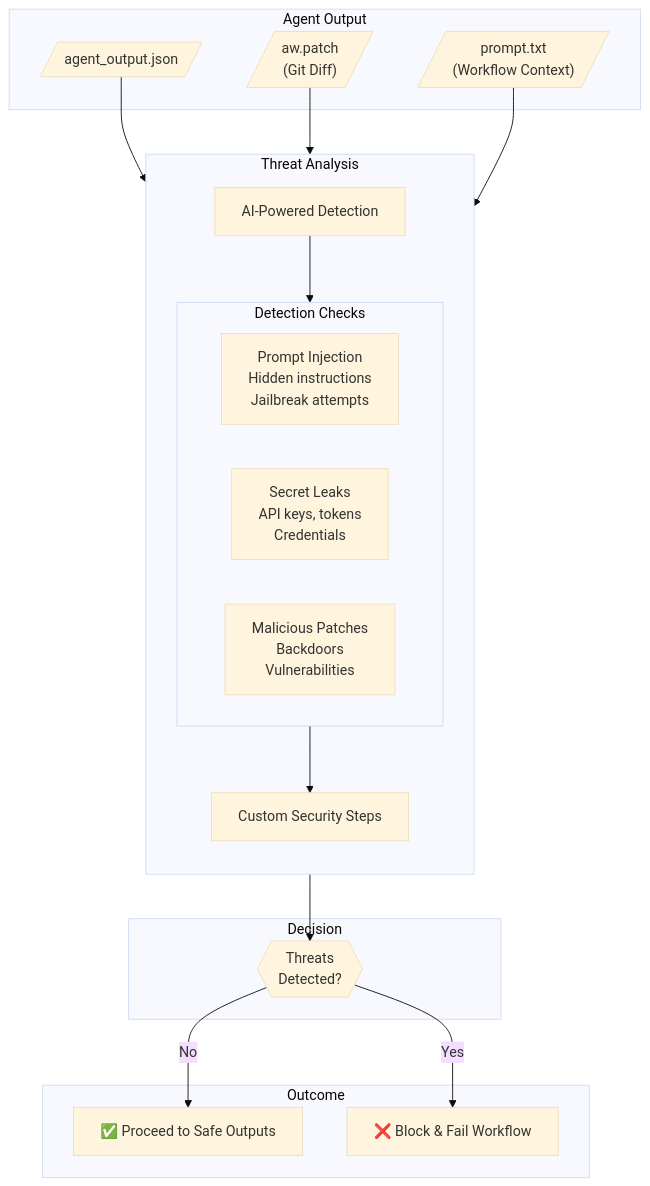
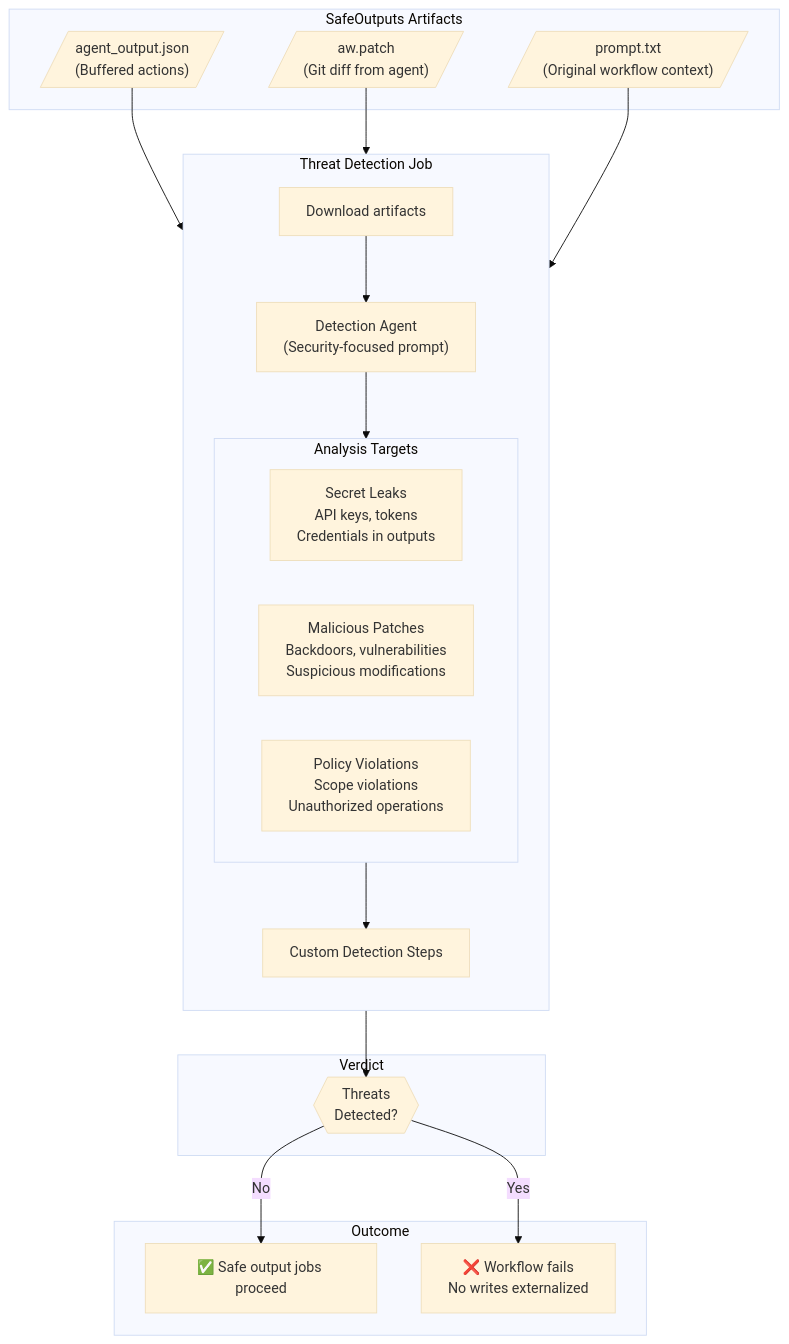
The sixth of 11 diagrams in docs/src/content/docs/introduction/architecture.mdx (githubnext/gh-aw), drawn with Mermaid (base theme) before and after one commit. The commit also changed other lines of this file, not shown here.

First line of the commit message:
Revise security architecture documentation

````diff
--- a/docs/src/content/docs/introduction/architecture.mdx
+++ b/docs/src/content/docs/introduction/architecture.mdx
@@ -274,40 +314,43 @@
 ```mermaid
 flowchart TB
-    subgraph Input["Agent Output"]
-        JSON[/"agent_output.json"/]
-        PATCH[/"aw.patch<br/>(Git Diff)"/]
-        PROMPT[/"prompt.txt<br/>(Workflow Context)"/]
+    subgraph Input["SafeOutputs Artifacts"]
+        JSON[/"agent_output.json<br/>(Buffered actions)"/]
+        PATCH[/"aw.patch<br/>(Git diff from agent)"/]
+        PROMPT[/"prompt.txt<br/>(Original workflow context)"/]
     end
 
-    subgraph Analysis["Threat Analysis"]
+    subgraph DetectionJob["Threat Detection Job"]
         direction TB
-        AI["AI-Powered Detection"]
-        CUSTOM["Custom Security Steps"]
-
-        subgraph Checks["Detection Checks"]
-            INJECT["Prompt Injection<br/>Hidden instructions<br/>Jailbreak attempts"]
-            SECRETS["Secret Leaks<br/>API keys, tokens<br/>Credentials"]
-            MALICIOUS["Malicious Patches<br/>Backdoors<br/>Vulnerabilities"]
+        DOWNLOAD["Download artifacts"]
+        AGENT["Detection Agent<br/>(Security-focused prompt)"]
+        
+        subgraph Checks["Analysis Targets"]
+            SECRETS["Secret Leaks<br/>API keys, tokens<br/>Credentials in outputs"]
+            MALICIOUS["Malicious Patches<br/>Backdoors, vulnerabilities<br/>Suspicious modifications"]
+            POLICY["Policy Violations<br/>Scope violations<br/>Unauthorized operations"]
         end
+        
+        CUSTOM["Custom Detection Steps"]
     end
 
-    subgraph Decision["Decision"]
+    subgraph Verdict["Verdict"]
         SAFE_CHECK{{"Threats<br/>Detected?"}}
     end
 
     subgraph Outcome["Outcome"]
-        PROCEED["✅ Proceed to Safe Outputs"]
-        BLOCK["❌ Block & Fail Workflow"]
+        PROCEED["✅ Safe output jobs proceed"]
+        BLOCK["❌ Workflow fails<br/>No writes externalized"]
     end
 
-    JSON --> AI
-    PATCH --> AI
-    PROMPT --> AI
-
-    AI --> Checks
+    JSON --> DOWNLOAD
+    PATCH --> DOWNLOAD
+    PROMPT --> DOWNLOAD
+    
+    DOWNLOAD --> AGENT
+    AGENT --> Checks
     Checks --> CUSTOM
     CUSTOM --> SAFE_CHECK
 
     SAFE_CHECK -->|"No"| PROCEED
     SAFE_CHECK -->|"Yes"| BLOCK
 ```
````
